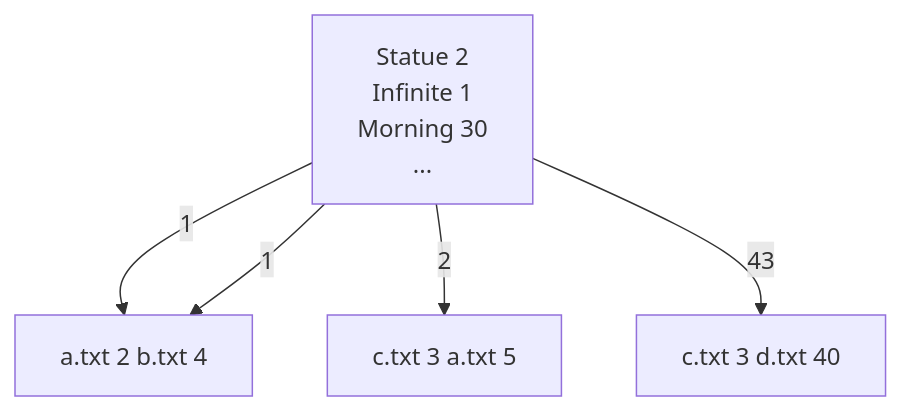
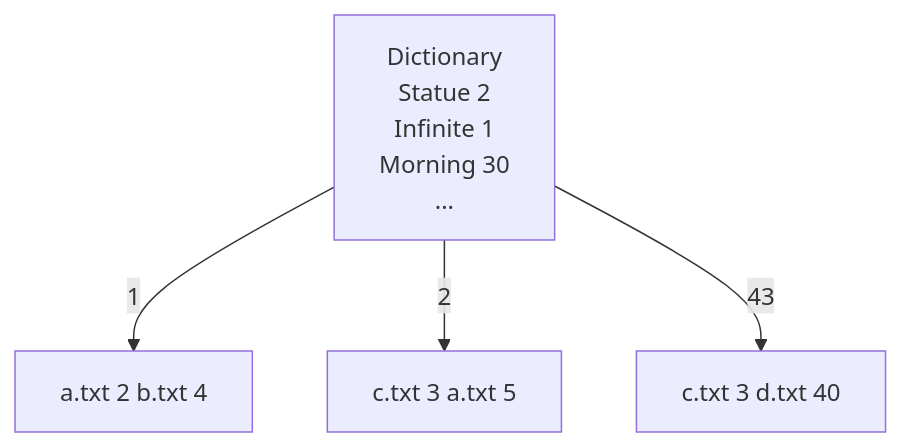
Before and after one commit to z1skgr/index.dictionary-memory.java: the diagram in README.md, drawn with Mermaid.

````diff
--- a/README.md
+++ b/README.md
@@ -11,8 +11,8 @@
 ```mermaid
 graph TD;
-    A[Dictionary]-->|1|B[a.txt 2 b.txt 4];
-    A[Statue 2 <br> Infinite 1 <br> Morning 30 <br> ... <br>]-->|1|B[a.txt 2 b.txt 4];
-    A[Statue 2 <br> Infinite 1 <br> Morning 30 <br> ... <br>]-->|2|C[c.txt 3 a.txt 5];
-    A[Statue 2 <br> Infinite 1 <br> Morning 30 <br> ... <br>]-->|43|D[c.txt 3 d.txt 40];
+
+    A[Dictionary <br> Statue 2 <br> Infinite 1 <br> Morning 30 <br> ... <br>]-->|1|B[a.txt 2 b.txt 4];
+    A[Dictionary <br> Statue 2 <br> Infinite 1 <br> Morning 30 <br> ... <br>]-->|2|C[c.txt 3 a.txt 5];
+    A[Dictionary <br> Statue 2 <br> Infinite 1 <br> Morning 30 <br> ... <br>]-->|43|D[c.txt 3 d.txt 40];
 
 ```
````
